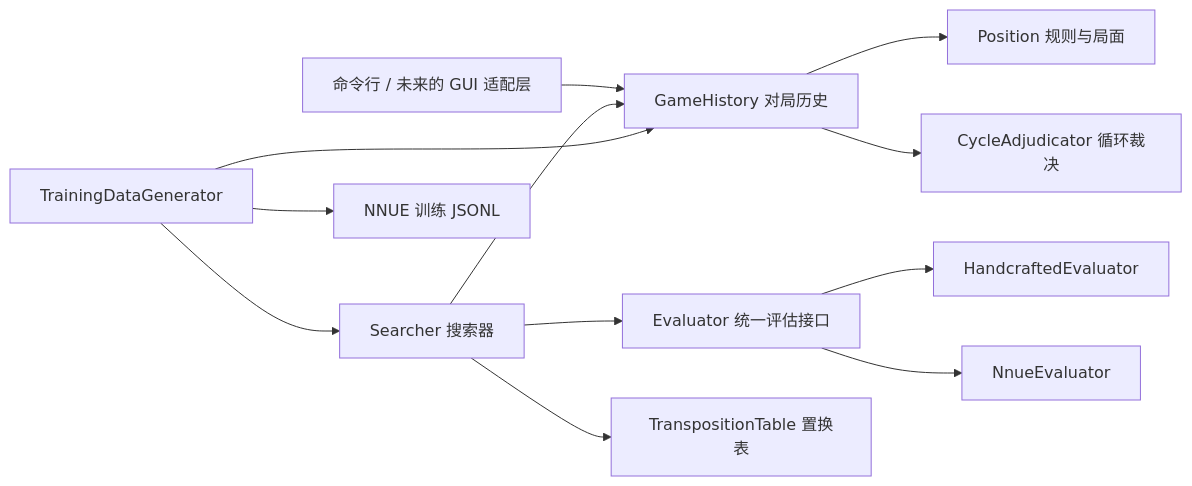
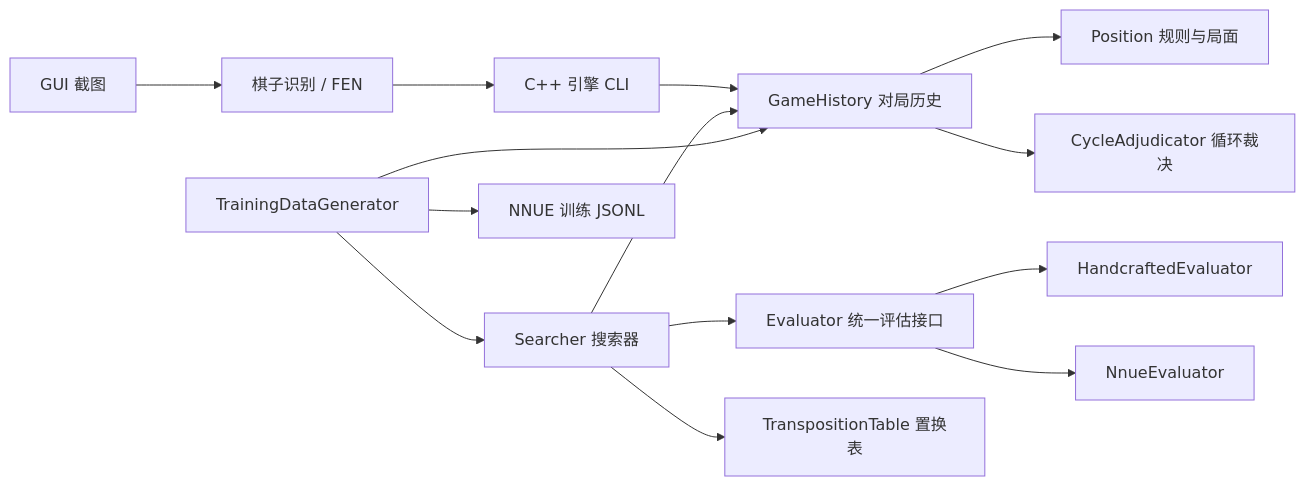
Before and after one commit to Nightsky-Lty/chinese-cheese-ai: the diagram in README.md, drawn with Mermaid. The commit also changed other lines of this file and 16 other files, not shown here.

````diff
--- a/README.md
+++ b/README.md
@@ -55,14 +66,16 @@
 ```mermaid
 flowchart LR
-    UI["命令行 / 未来的 GUI 适配层"] --> GH["GameHistory 对局历史"]
+    UI["GUI 截图"] --> CV["棋子识别 / FEN"]
+    CV --> CLI["C++ 引擎 CLI"]
+    CLI --> GH["GameHistory 对局历史"]
     SEARCH["Searcher 搜索器"] --> GH
     GH --> POS["Position 规则与局面"]
     GH --> CA["CycleAdjudicator 循环裁决"]
     SEARCH --> EVAL["Evaluator 统一评估接口"]
     EVAL --> HCE["HandcraftedEvaluator"]
     EVAL --> NN["NnueEvaluator"]
     SEARCH --> TT["TranspositionTable 置换表"]
     DATA["TrainingDataGenerator"] --> SEARCH
     DATA --> GH
     DATA --> JSONL["NNUE 训练 JSONL"]
 ```
````
